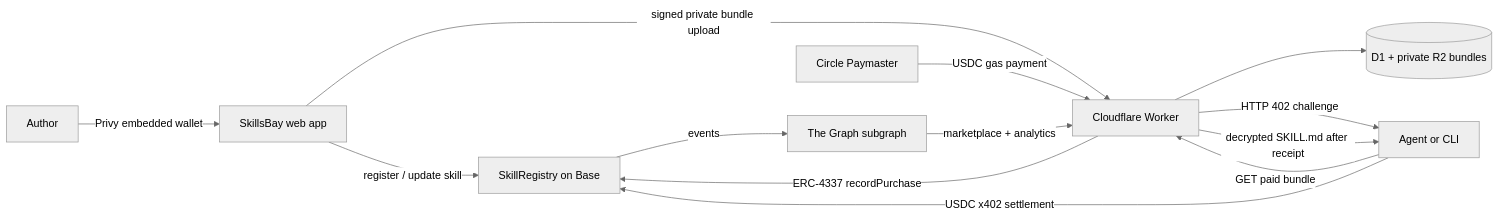
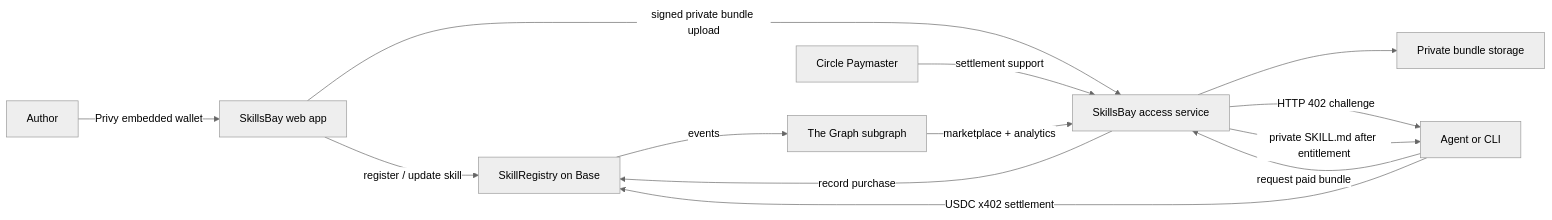
One commit to georgekarapi/skillsbay changed the first of 5 diagrams in README.md. Above: the diagram before and after it, drawn with Mermaid (neutral theme). The commit also changed other lines of this file and 9 other files, not shown here.

````diff
--- a/README.md
+++ b/README.md
@@ -15,17 +15,17 @@
 ```mermaid
 flowchart LR
   Author[Author] -->|Privy embedded wallet| Web[SkillsBay web app]
   Web -->|register / update skill| Registry[SkillRegistry on Base]
-  Web -->|signed private bundle upload| Worker[Cloudflare Worker]
-  Worker --> Storage[(D1 + private R2 bundles)]
+  Web -->|signed private bundle upload| Access[SkillsBay access service]
+  Access --> Storage[Private bundle storage]
 
-  Agent[Agent or CLI] -->|GET paid bundle| Worker
-  Worker -->|HTTP 402 challenge| Agent
+  Agent[Agent or CLI] -->|request paid bundle| Access
+  Access -->|HTTP 402 challenge| Agent
   Agent -->|USDC x402 settlement| Registry
-  Worker -->|ERC-4337 recordPurchase| Registry
-  Paymaster[Circle Paymaster] -->|USDC gas payment| Worker
+  Access -->|record purchase| Registry
+  Paymaster[Circle Paymaster] -->|settlement support| Access
 
   Registry -->|events| Graph[The Graph subgraph]
-  Graph -->|marketplace + analytics| Worker
-  Worker -->|decrypted SKILL.md after receipt| Agent
+  Graph -->|marketplace + analytics| Access
+  Access -->|private SKILL.md after entitlement| Agent
 ```
````
